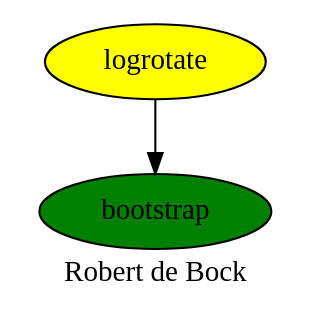
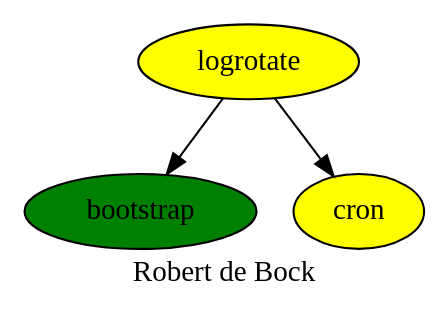
One commit to robertdebock/drawings changed the diagram in logrotate.dot. Above: the diagram before and after it, drawn with Graphviz. The commit also changed 1 other file, not shown here.

Commit message:
logrotate depends on cron.

```diff
--- a/logrotate.dot
+++ b/logrotate.dot
@@ -1,9 +1,11 @@
 digraph PhiloDilemma {
   label = "Robert de Bock" ;
   overlap=false
   {
     bootstrap [fillcolor=green style=filled]
     logrotate [fillcolor=yellow style=filled]
+    cron [fillcolor=yellow style=filled]
   }
   logrotate -> bootstrap
+  logrotate -> cron
 }
```
